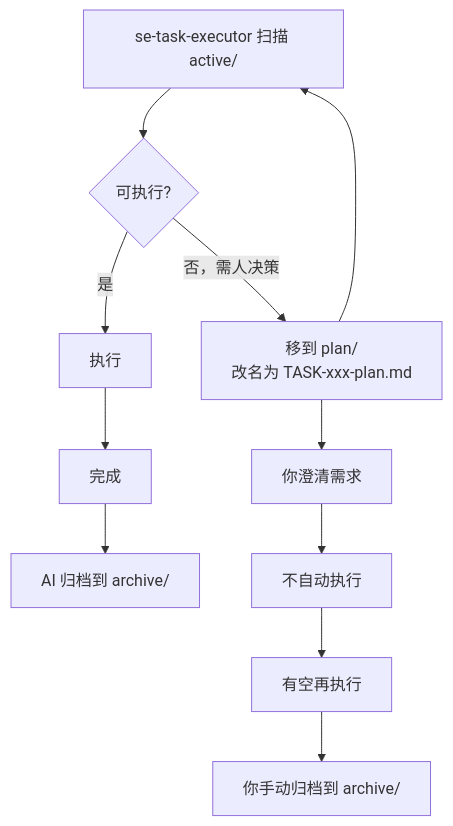
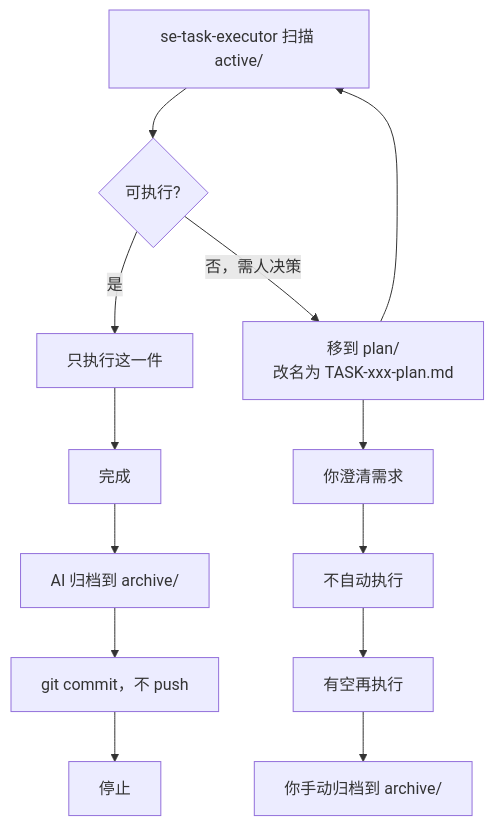
One commit to yichong108/openworker changed the diagram in .ai/README.md. Above: the diagram before and after it, drawn with Mermaid. The commit also changed other lines of this file and 6 other files, not shown here.

````diff
--- a/.ai/README.md
+++ b/.ai/README.md
@@ -40,13 +31,15 @@
 ```mermaid
 flowchart TD
   A[se-task-executor 扫描 active/] --> B{可执行?}
-  B -->|是| C[执行]
+  B -->|是| C[只执行这一件]
   C --> D[完成]
   D --> E[AI 归档到 archive/]
+  E --> K[git commit，不 push]
+  K --> L[停止]
   B -->|否，需人决策| F["移到 plan/\n改名为 TASK-xxx-plan.md"]
   F --> A
   F --> G[你澄清需求]
   G --> H[不自动执行]
   H --> I[有空再执行]
   I --> J[你手动归档到 archive/]
 ```
````
